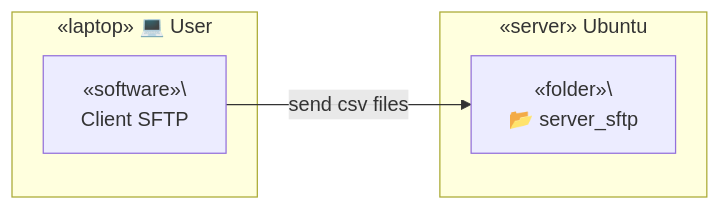
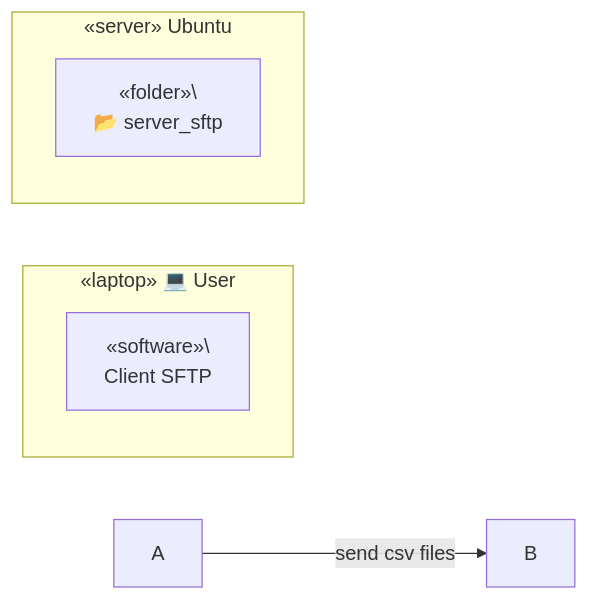
One commit to TrulyDigital/DATA_STREET changed the second of 4 diagrams in server_sftp/README.md. Above: the diagram before and after it, drawn with Mermaid.

Commit message:
update: server_sftp README.md

````diff
--- a/server_sftp/README.md
+++ b/server_sftp/README.md
@@ -14,13 +14,13 @@
 ```mermaid
 graph LR
     
     subgraph Container_A [«laptop» 💻 User]
         A1[«software»\<br> Client SFTP]
     end
 
     subgraph Container_B [«server» Ubuntu]
         B1[«folder»\<br/> 📂 server_sftp]
     end
     
-    A1 -- send csv files --> B1
+    A -- send csv files --> B
 ```
````
